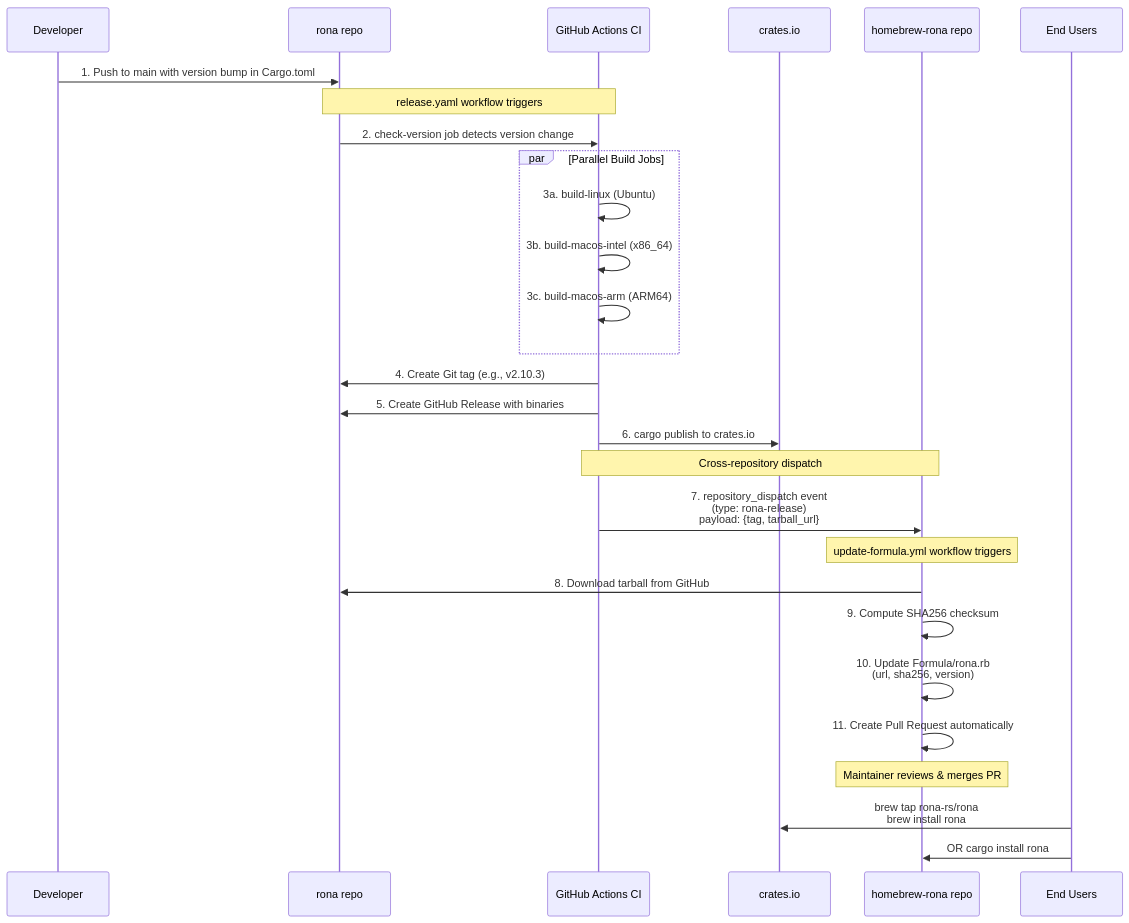
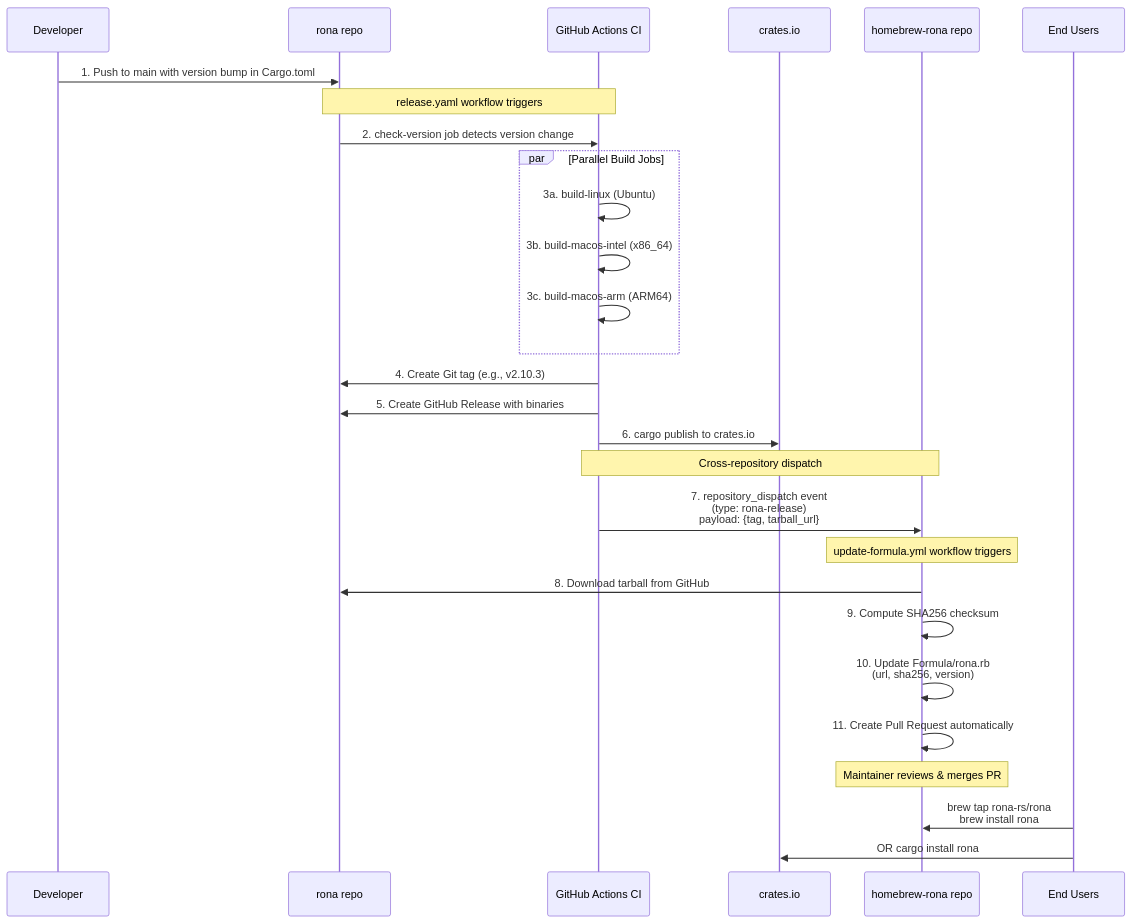
Before and after one commit to rona-rs/.github: the third of 3 diagrams in profile/README.md, drawn with Mermaid. The commit also changed other lines of this file, not shown here.

Commit message:
[7] (docs on main) Cleaner README

````diff
--- a/profile/README.md
+++ b/profile/README.md
@@ -185,41 +185,41 @@
 ```mermaid
 sequenceDiagram
     participant Dev as Developer
     participant Rona as rona repo
     participant CI as GitHub Actions CI
     participant Crates as crates.io
     participant Brew as homebrew-rona repo
     participant Users as End Users
 
     Dev->>Rona: 1. Push to main with version bump in Cargo.toml
     
     Note over Rona,CI: release.yaml workflow triggers
     
     Rona->>CI: 2. check-version job detects version change
     
     par Parallel Build Jobs
         CI->>CI: 3a. build-linux (Ubuntu)
         CI->>CI: 3b. build-macos-intel (x86_64)
         CI->>CI: 3c. build-macos-arm (ARM64)
     end
     
     CI->>Rona: 4. Create Git tag (e.g., v2.10.3)
     CI->>Rona: 5. Create GitHub Release with binaries
     CI->>Crates: 6. cargo publish to crates.io
     
     Note over CI,Brew: Cross-repository dispatch
     
     CI->>Brew: 7. repository_dispatch event<br/>(type: rona-release)<br/>payload: {tag, tarball_url}
     
     Note over Brew: update-formula.yml workflow triggers
     
     Brew->>Rona: 8. Download tarball from GitHub
     Brew->>Brew: 9. Compute SHA256 checksum
     Brew->>Brew: 10. Update Formula/rona.rb<br/>(url, sha256, version)
     Brew->>Brew: 11. Create Pull Request automatically
     
     Note over Brew: Maintainer reviews & merges PR
     
-    Users->>Crates: brew tap rona-rs/rona<br/>brew install rona
-    Users->>Brew: OR cargo install rona
+    Users->>Brew: brew tap rona-rs/rona<br/>brew install rona
+    Users->>Crates: OR cargo install rona
 ```
````
